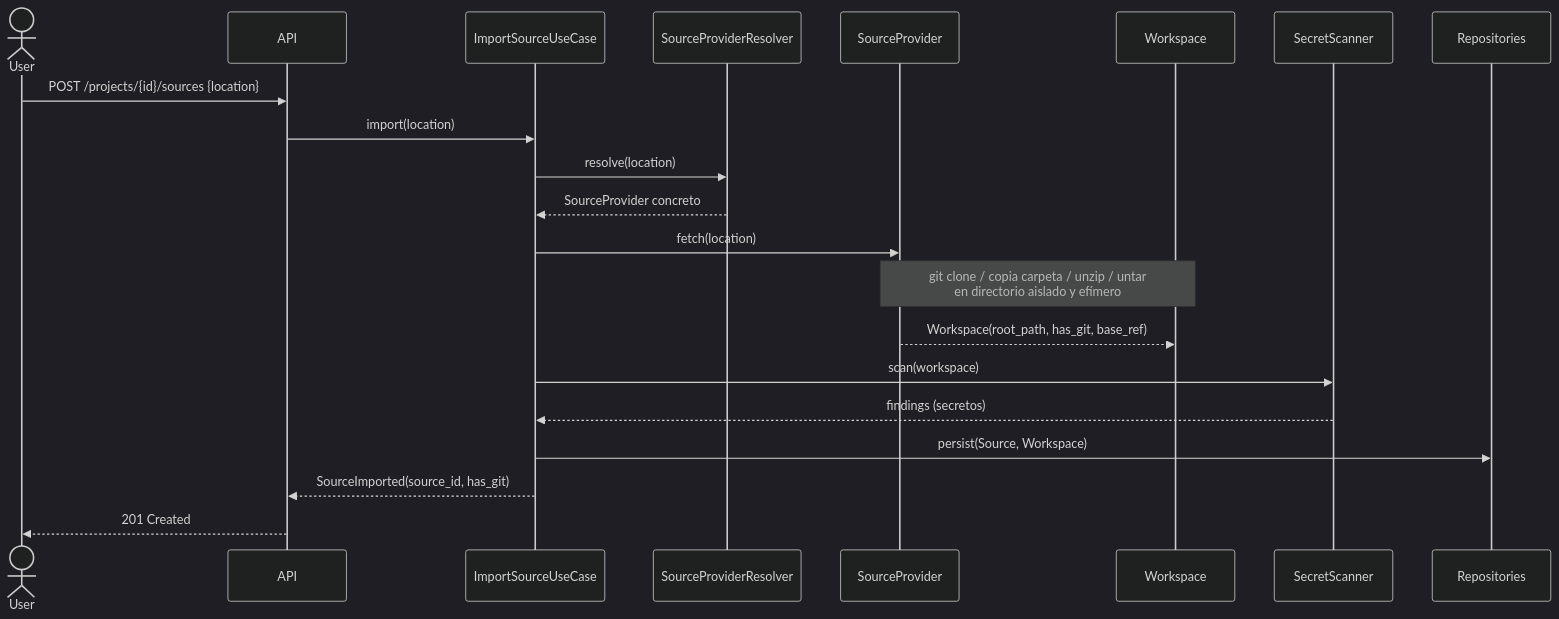
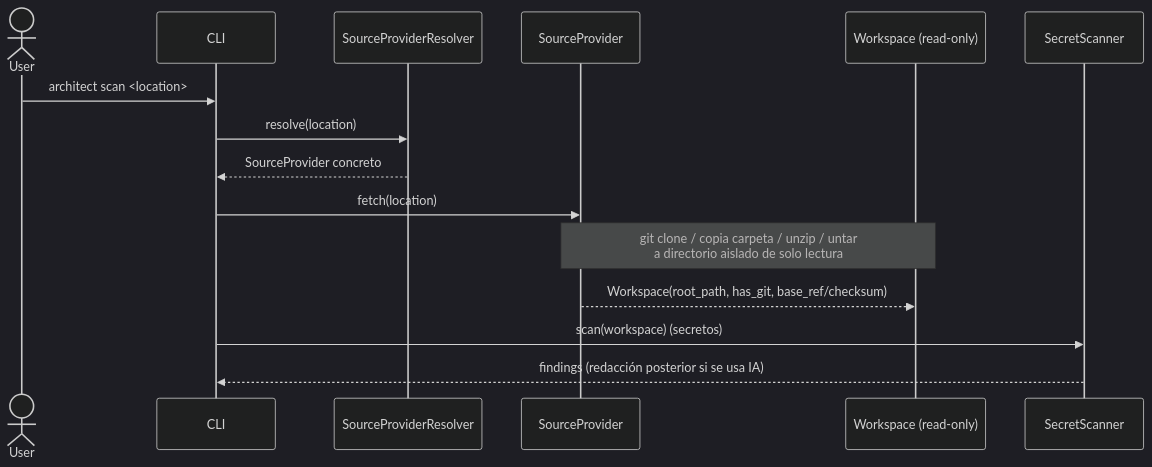
Before and after one commit to mibaldi/GitArchitect: the third of 5 diagrams in docs/SDD.md, drawn with Mermaid (dark theme). The commit also changed other lines of this file, not shown here.

````diff
--- a/docs/SDD.md
+++ b/docs/SDD.md
@@ -386,24 +323,18 @@
 ```mermaid
 sequenceDiagram
     actor User
-    participant API
-    participant ImportUC as ImportSourceUseCase
+    participant CLI
     participant Resolver as SourceProviderResolver
     participant SP as SourceProvider
-    participant WS as Workspace
+    participant WS as Workspace (read-only)
     participant Sec as SecretScanner
-    participant Repo as Repositories
 
-    User->>API: POST /projects/{id}/sources {location}
-    API->>ImportUC: import(location)
-    ImportUC->>Resolver: resolve(location)
-    Resolver-->>ImportUC: SourceProvider concreto
-    ImportUC->>SP: fetch(location)
-    Note over SP,WS: git clone / copia carpeta / unzip / untar<br/>en directorio aislado y efímero
-    SP-->>WS: Workspace(root_path, has_git, base_ref)
-    ImportUC->>Sec: scan(workspace)
-    Sec-->>ImportUC: findings (secretos)
-    ImportUC->>Repo: persist(Source, Workspace)
-    ImportUC-->>API: SourceImported(source_id, has_git)
-    API-->>User: 201 Created
+    User->>CLI: architect scan <location>
+    CLI->>Resolver: resolve(location)
+    Resolver-->>CLI: SourceProvider concreto
+    CLI->>SP: fetch(location)
+    Note over SP,WS: git clone / copia carpeta / unzip / untar<br/>a directorio aislado de solo lectura
+    SP-->>WS: Workspace(root_path, has_git, base_ref/checksum)
+    CLI->>Sec: scan(workspace) (secretos)
+    Sec-->>CLI: findings (redacción posterior si se usa IA)
 ```
````
